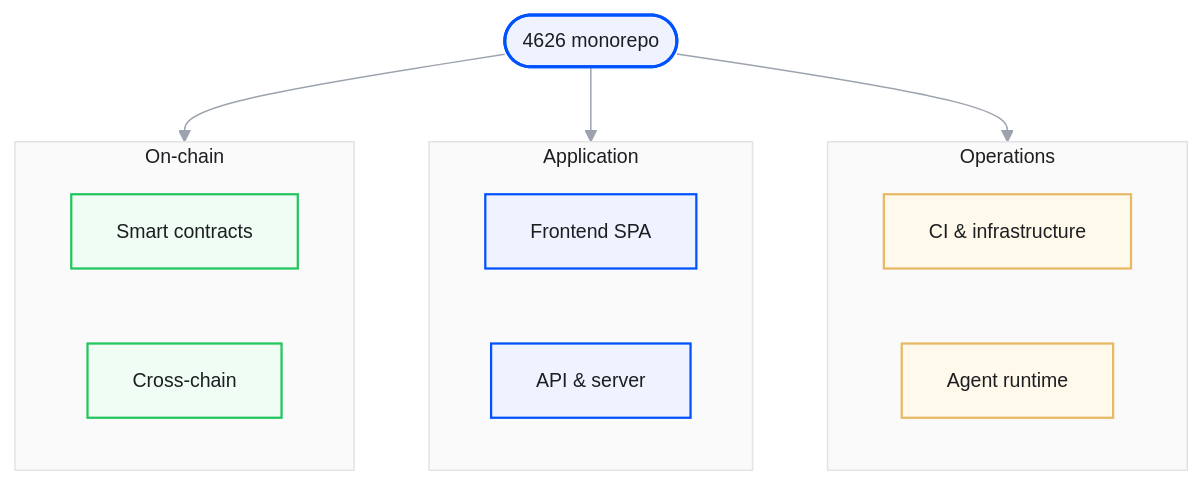
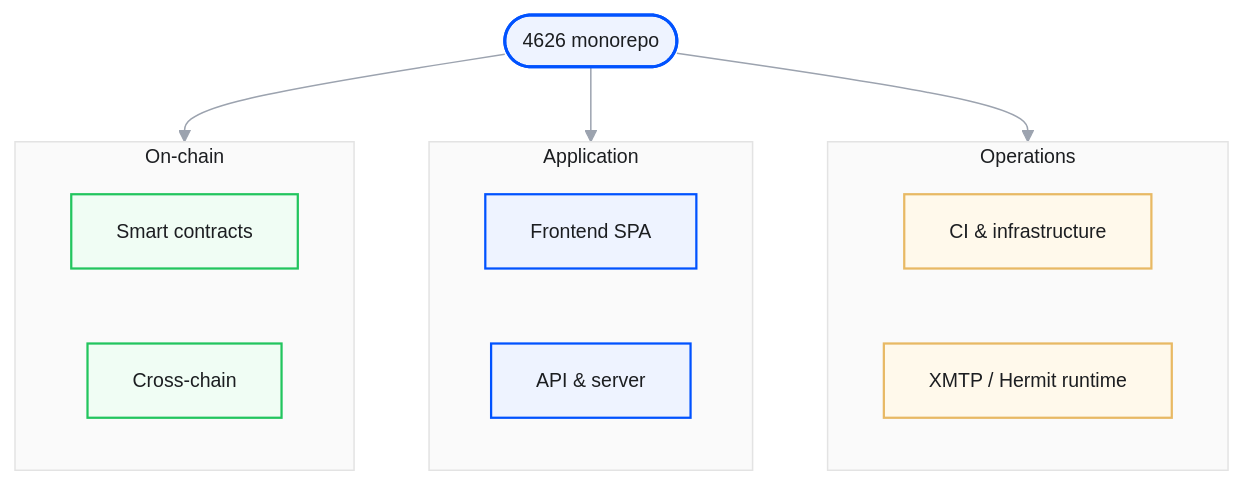
Before and after one commit to 4626fun/4626: the first of 2 diagrams in docs/audits/fable/index.md, drawn with Mermaid. The commit also changed other lines of this file and 105 other files, not shown here.

````diff
--- a/docs/audits/fable/index.md
+++ b/docs/audits/fable/index.md
@@ -79,52 +79,52 @@
 ```mermaid
 %%{init: {
   'theme': 'base',
   'themeVariables': {
     'fontFamily': 'Inter, system-ui, sans-serif',
     'fontSize': '13px',
     'primaryColor': '#eef3ff',
     'primaryTextColor': '#1c1e21',
     'primaryBorderColor': '#0052FF',
     'secondaryColor': '#f0fdf4',
     'secondaryTextColor': '#1c1e21',
     'secondaryBorderColor': '#86efac',
     'tertiaryColor': '#fff9eb',
     'tertiaryTextColor': '#1c1e21',
     'tertiaryBorderColor': '#E8B964',
     'lineColor': '#9ca3af',
     'clusterBkg': '#fafafa',
     'clusterBorder': '#e3e3e3'
   }
 }}%%
 flowchart TB
   ROOT([4626 monorepo])
 
   subgraph onchain [On-chain]
     SC[Smart contracts]
     CC[Cross-chain]
   end
 
   subgraph app [Application]
     FE[Frontend SPA]
     API[API & server]
   end
 
   subgraph ops [Operations]
     INF[CI & infrastructure]
-    AGT[Agent runtime]
+    RT[XMTP / Hermit runtime]
   end
 
   ROOT --> onchain
   ROOT --> app
   ROOT --> ops
 
   classDef root fill:#eef3ff,stroke:#0052FF,stroke-width:2px,color:#1c1e21
   classDef onchain fill:#f0fdf4,stroke:#22c55e,stroke-width:1.5px,color:#1c1e21
   classDef app fill:#eef3ff,stroke:#0052FF,stroke-width:1.5px,color:#1c1e21
   classDef ops fill:#fff9eb,stroke:#E8B964,stroke-width:1.5px,color:#1c1e21
 
   class ROOT root
   class SC,CC onchain
   class FE,API app
-  class INF,AGT ops
+  class INF,RT ops
 ```
````
